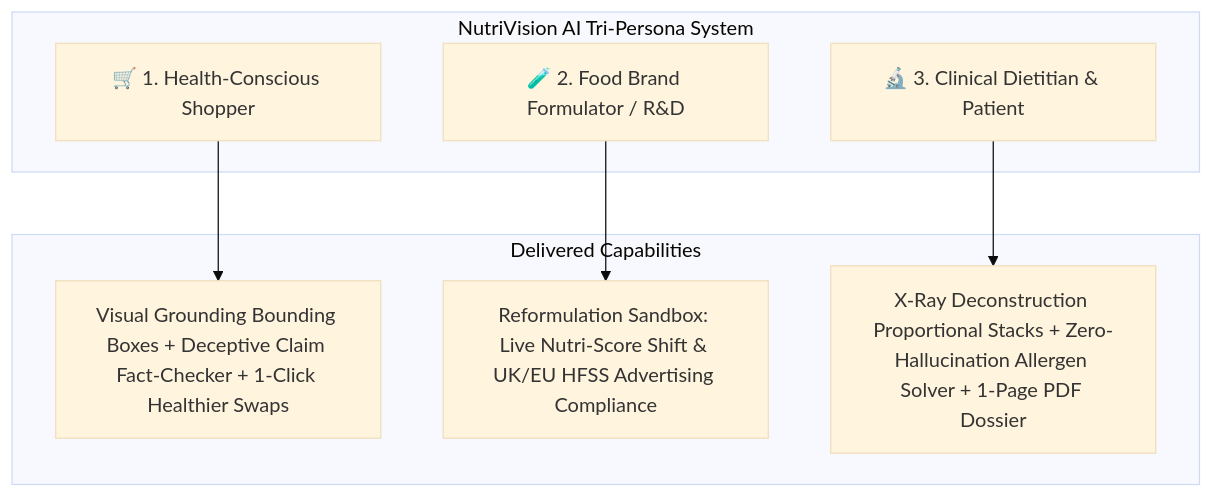
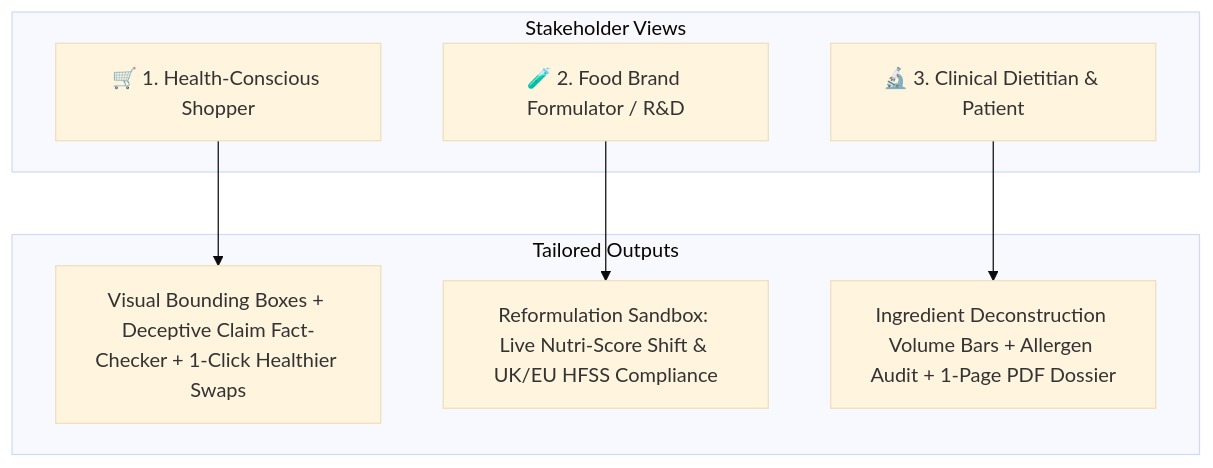
The first of 2 diagrams in README_V2.md (CTC3PO/nutri-explorer), drawn with Mermaid (base theme) before and after one commit. The commit also changed other lines of this file and 1 other file, not shown here.

````diff
--- a/README_V2.md
+++ b/README_V2.md
@@ -30,14 +44,14 @@
 ```mermaid
 flowchart TD
-    subgraph Stakeholders [NutriVision AI Tri-Persona System]
+    subgraph Stakeholders [Stakeholder Views]
         Shopper[🛒 1. Health-Conscious Shopper]
         Formulator[🧪 2. Food Brand Formulator / R&D]
         Dietitian[🔬 3. Clinical Dietitian & Patient]
     end
 
-    subgraph Solutions [Delivered Capabilities]
-        Shopper --> S1[Visual Grounding Bounding Boxes + Deceptive Claim Fact-Checker + 1-Click Healthier Swaps]
-        Formulator --> S2[Reformulation Sandbox: Live Nutri-Score Shift & UK/EU HFSS Advertising Compliance]
-        Dietitian --> S3[X-Ray Deconstruction Proportional Stacks + Zero-Hallucination Allergen Solver + 1-Page PDF Dossier]
+    subgraph Solutions [Tailored Outputs]
+        Shopper --> S1[Visual Bounding Boxes + Deceptive Claim Fact-Checker + 1-Click Healthier Swaps]
+        Formulator --> S2[Reformulation Sandbox: Live Nutri-Score Shift & UK/EU HFSS Compliance]
+        Dietitian --> S3[Ingredient Deconstruction Volume Bars + Allergen Audit + 1-Page PDF Dossier]
     end
 ```
````
